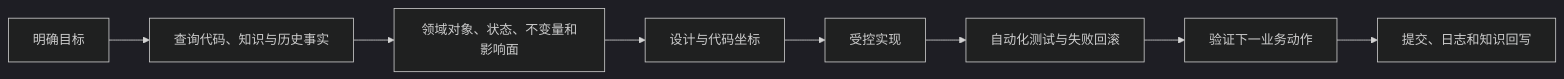
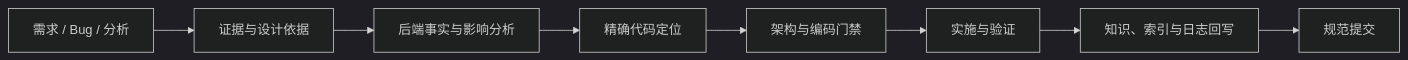
One commit to exception-coder/team-standards changed the diagram in README.md. Above: the diagram before and after it, drawn with Mermaid (dark theme). The commit also changed other lines of this file and 138 other files, not shown here.

````diff
--- a/README.md
+++ b/README.md
@@ -70,10 +17,10 @@
 ```mermaid
 flowchart LR
-    GOAL["明确目标"] --> FACTS["查询代码、知识与历史事实"]
-    FACTS --> SPEC["领域对象、状态、不变量和影响面"]
-    SPEC --> DESIGN["设计与代码坐标"]
-    DESIGN --> CODE["受控实现"]
-    CODE --> TEST["自动化测试与失败回滚"]
-    TEST --> NEXT["验证下一业务动作"]
-    NEXT --> EVIDENCE["提交、日志和知识回写"]
+    INTENT["需求 / Bug / 分析"] --> EVIDENCE["证据与设计依据"]
+    EVIDENCE --> IMPACT["后端事实与影响分析"]
+    IMPACT --> LOCATE["精确代码定位"]
+    LOCATE --> GUARD["架构与编码门禁"]
+    GUARD --> BUILD["实施与验证"]
+    BUILD --> WRITEBACK["知识、索引与日志回写"]
+    WRITEBACK --> COMMIT["规范提交"]
 ```
````
